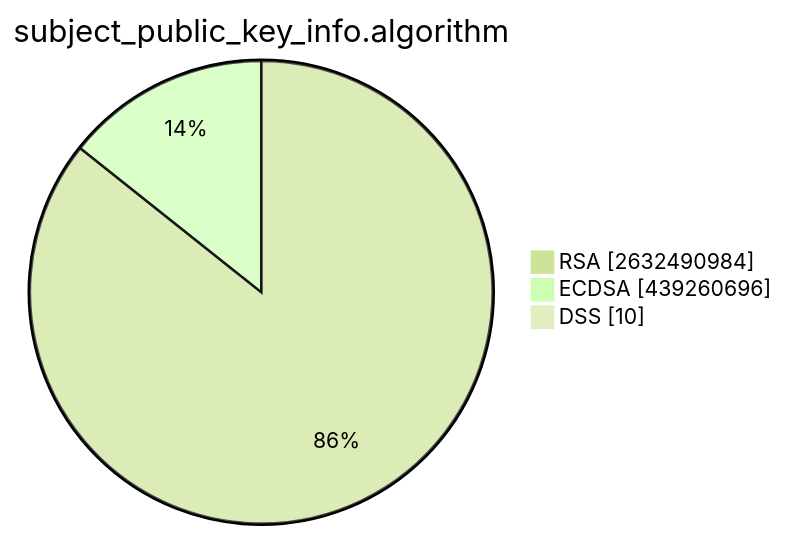
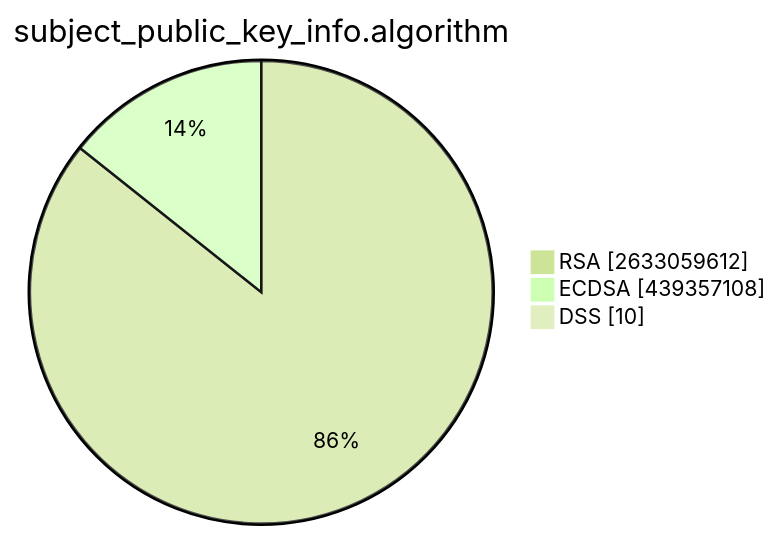
The second of 15 diagrams in TOTAL/README.md (christiankrug/ctmonitor_visualization), drawn with Mermaid (forest theme) before and after one commit. The commit also changed other lines of this file, not shown here.

````diff
--- a/TOTAL/README.md
+++ b/TOTAL/README.md
@@ -6,7 +6,7 @@
 ```mermaid
 pie showData
 title subject_public_key_info.algorithm
-"RSA" :2632490984
-"ECDSA" :439260696
+"RSA" :2633059612
+"ECDSA" :439357108
 "DSS" :10
 ```
````
